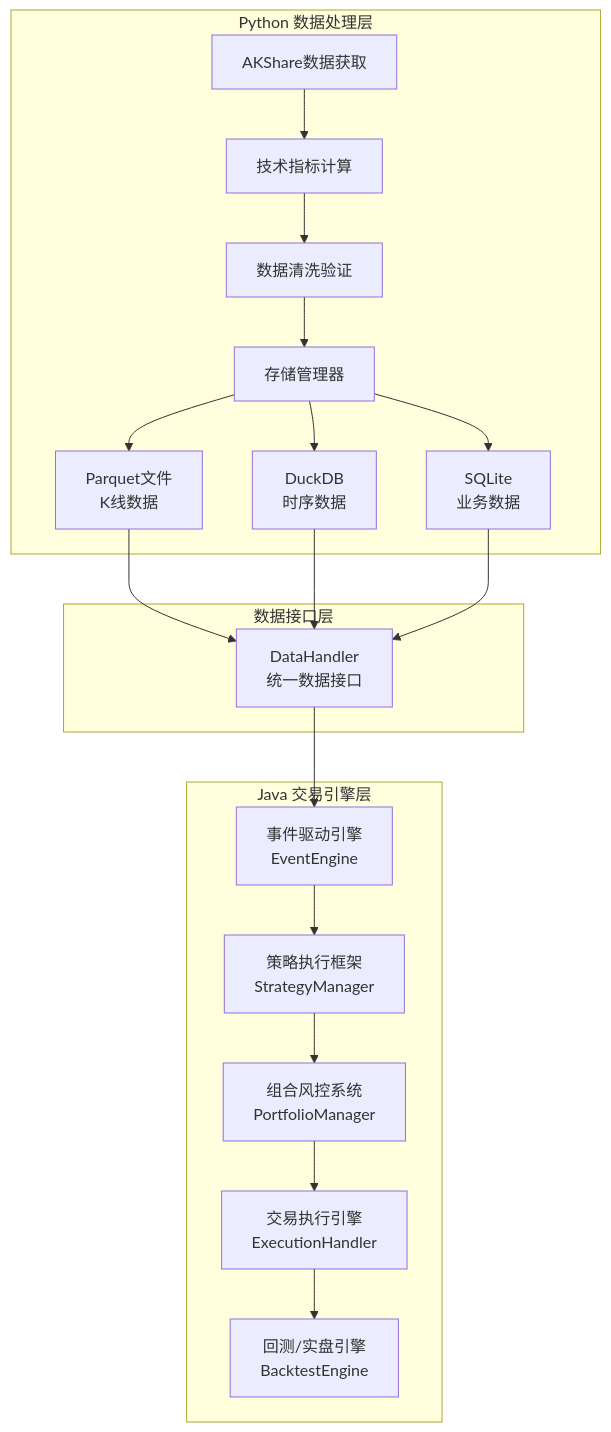
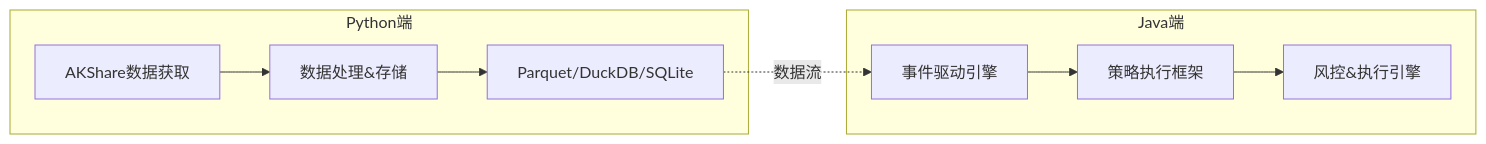
Before and after one commit to Will-Grindelwald/quant-trading: the diagram in README.md, drawn with Mermaid. The commit also changed other lines of this file and 24 other files, not shown here.

````diff
--- a/README.md
+++ b/README.md
@@ -125,27 +66,14 @@
 ```mermaid
-graph TB
-    subgraph "Python 数据处理层"
-        A[AKShare数据获取] --> B[技术指标计算]
-        B --> C[数据清洗验证]
-        C --> D[存储管理器]
-        D --> E[Parquet文件<br/>K线数据]
-        D --> F[DuckDB<br/>时序数据]
-        D --> G[SQLite<br/>业务数据]
+graph LR
+    subgraph "Python端"
+        A[AKShare数据获取] --> B[数据处理&存储]
+        B --> C[Parquet/DuckDB/SQLite]
     end
     
-    subgraph "Java 交易引擎层"
-        H[事件驱动引擎<br/>EventEngine] --> I[策略执行框架<br/>StrategyManager]
-        I --> J[组合风控系统<br/>PortfolioManager]
-        J --> K[交易执行引擎<br/>ExecutionHandler]
-        K --> L[回测/实盘引擎<br/>BacktestEngine]
+    subgraph "Java端"
+        D[事件驱动引擎] --> E[策略执行框架]
+        E --> F[风控&执行引擎]
     end
     
-    subgraph "数据接口层"
-        M[DataHandler<br/>统一数据接口]
-    end
-    
-    E --> M
-    F --> M
-    G --> M
-    M --> H
+    C -.数据流.-> D
 ```
````
